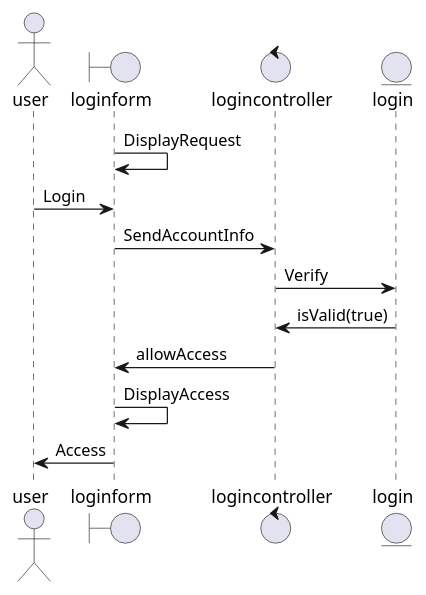
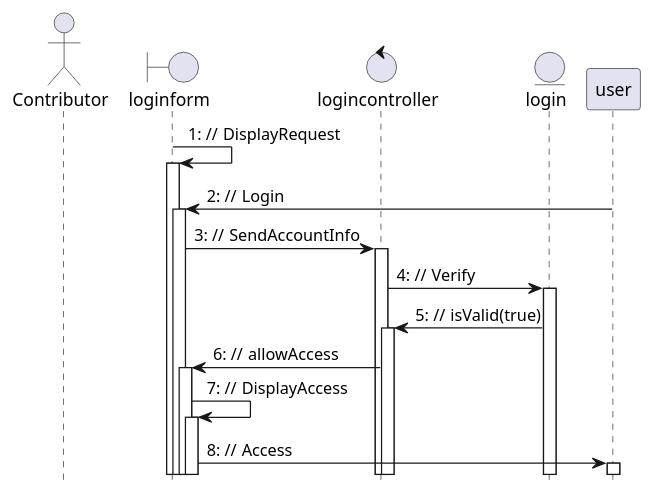
Before and after one commit to McSinyx/ipppi: the fifth of 7 diagrams in source/solution/use-case-analysis.rst, drawn with PlantUML.

```diff
--- a/source/solution/use-case-analysis.rst
+++ b/source/solution/use-case-analysis.rst
@@ -134,15 +134,19 @@
 .. uml::
 
-   actor user
+   autonumber "#: //"
+   autoactivate on
+   hide footbox
+
+   actor Contributor
    boundary loginform
    control logincontroller
    entity login
 
    loginform -> loginform: DisplayRequest
    user -> loginform: Login
    loginform -> logincontroller: SendAccountInfo
    logincontroller->login:Verify
    login->logincontroller:isValid(true)
    logincontroller->loginform:allowAccess
    loginform->loginform:DisplayAccess
    loginform->user:Access
```
